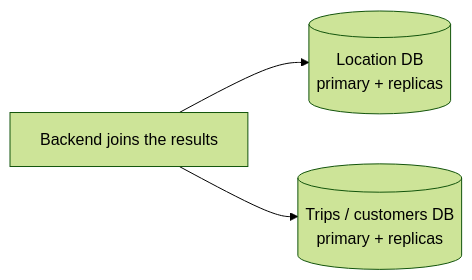
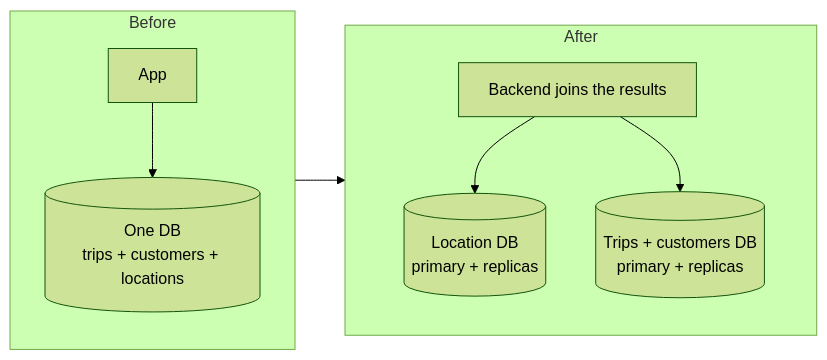
The sixth of 8 diagrams in dbms/19-scaling-patterns.md (aaryan-pradhan/core-cs-fundamentals), drawn with Mermaid (forest theme) before and after one commit. The commit also changed other lines of this file, not shown here.

````diff
--- a/dbms/19-scaling-patterns.md
+++ b/dbms/19-scaling-patterns.md
@@ -109,5 +107,11 @@
 ```mermaid
 flowchart LR
-  BE["Backend joins the results"] --> L[("Location DB<br/>primary + replicas")]
-  BE --> O[("Trips / customers DB<br/>primary + replicas")]
+  subgraph B["Before"]
+    X["App"] --> ONE[("One DB<br/>trips + customers + locations")]
+  end
+  subgraph A["After"]
+    BE["Backend joins the results"] --> L[("Location DB<br/>primary + replicas")]
+    BE --> O[("Trips + customers DB<br/>primary + replicas")]
+  end
+  B --> A
 ```
````
